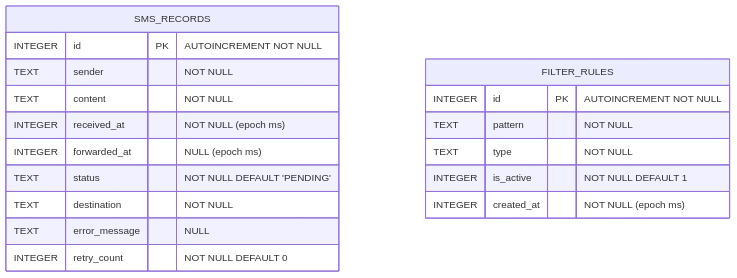
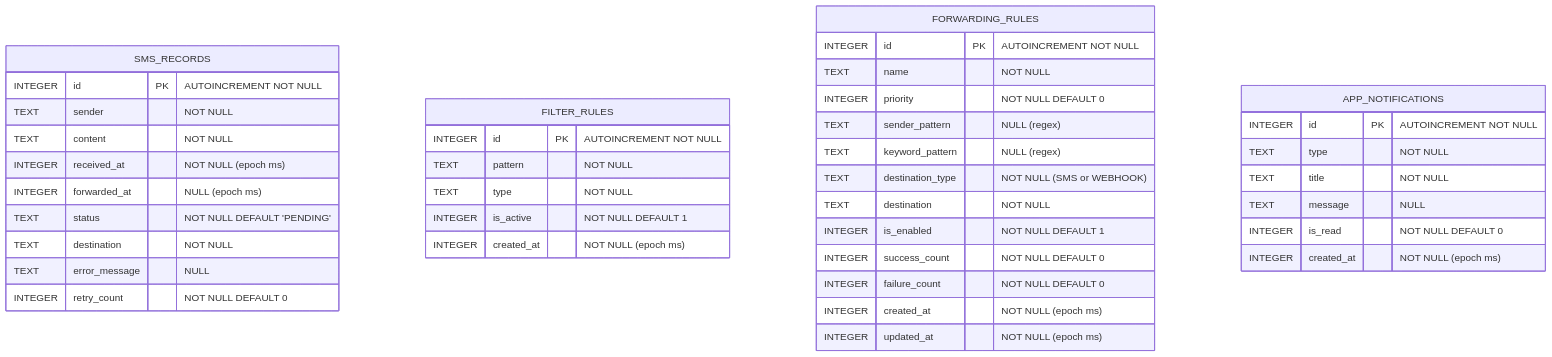
Before and after one commit to ronylicha/SMS-Forwarder: the diagram in docs/DATABASE.md, drawn with Mermaid. The commit also changed other lines of this file and 12 other files, not shown here.

````diff
--- a/docs/DATABASE.md
+++ b/docs/DATABASE.md
@@ -36,22 +38,46 @@
 ```mermaid
 erDiagram
     SMS_RECORDS {
         INTEGER id PK "AUTOINCREMENT NOT NULL"
         TEXT sender "NOT NULL"
         TEXT content "NOT NULL"
         INTEGER received_at "NOT NULL (epoch ms)"
         INTEGER forwarded_at "NULL (epoch ms)"
         TEXT status "NOT NULL DEFAULT 'PENDING'"
         TEXT destination "NOT NULL"
         TEXT error_message "NULL"
         INTEGER retry_count "NOT NULL DEFAULT 0"
     }
 
     FILTER_RULES {
         INTEGER id PK "AUTOINCREMENT NOT NULL"
         TEXT pattern "NOT NULL"
         TEXT type "NOT NULL"
         INTEGER is_active "NOT NULL DEFAULT 1"
         INTEGER created_at "NOT NULL (epoch ms)"
     }
+
+    FORWARDING_RULES {
+        INTEGER id PK "AUTOINCREMENT NOT NULL"
+        TEXT name "NOT NULL"
+        INTEGER priority "NOT NULL DEFAULT 0"
+        TEXT sender_pattern "NULL (regex)"
+        TEXT keyword_pattern "NULL (regex)"
+        TEXT destination_type "NOT NULL (SMS or WEBHOOK)"
+        TEXT destination "NOT NULL"
+        INTEGER is_enabled "NOT NULL DEFAULT 1"
+        INTEGER success_count "NOT NULL DEFAULT 0"
+        INTEGER failure_count "NOT NULL DEFAULT 0"
+        INTEGER created_at "NOT NULL (epoch ms)"
+        INTEGER updated_at "NOT NULL (epoch ms)"
+    }
+
+    APP_NOTIFICATIONS {
+        INTEGER id PK "AUTOINCREMENT NOT NULL"
+        TEXT type "NOT NULL"
+        TEXT title "NOT NULL"
+        TEXT message "NULL"
+        INTEGER is_read "NOT NULL DEFAULT 0"
+        INTEGER created_at "NOT NULL (epoch ms)"
+    }
 ```
````
